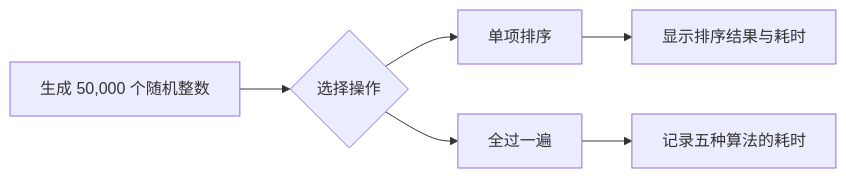
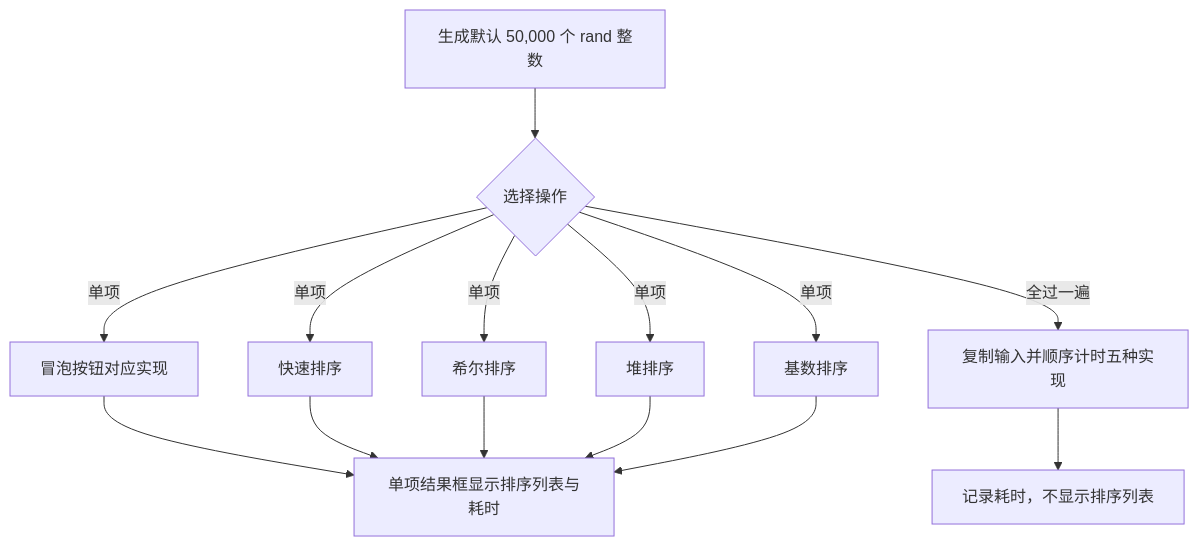
One commit to gongfpp/sortsWithQt changed the diagram in README.md. Above: the diagram before and after it, drawn with Mermaid. The commit also changed other lines of this file, not shown here.

Commit message:
docs: clarify sortsWithQt validation limits

````diff
--- a/README.md
+++ b/README.md
@@ -7,8 +7,16 @@
 ```mermaid
-flowchart LR
-    A[生成 50,000 个随机整数] --> B{选择操作}
-    B --> C[单项排序]
-    B --> D[全过一遍]
-    C --> E[显示排序结果与耗时]
-    D --> F[记录五种算法的耗时]
+flowchart TD
+    A[生成默认 50,000 个 rand 整数] --> B{选择操作}
+    B -->|单项| C[冒泡按钮对应实现]
+    B -->|单项| D[快速排序]
+    B -->|单项| E[希尔排序]
+    B -->|单项| F[堆排序]
+    B -->|单项| G[基数排序]
+    B -->|全过一遍| H[复制输入并顺序计时五种实现]
+    C --> I[单项结果框显示排序列表与耗时]
+    D --> I
+    E --> I
+    F --> I
+    G --> I
+    H --> J[记录耗时，不显示排序列表]
 ```
````
